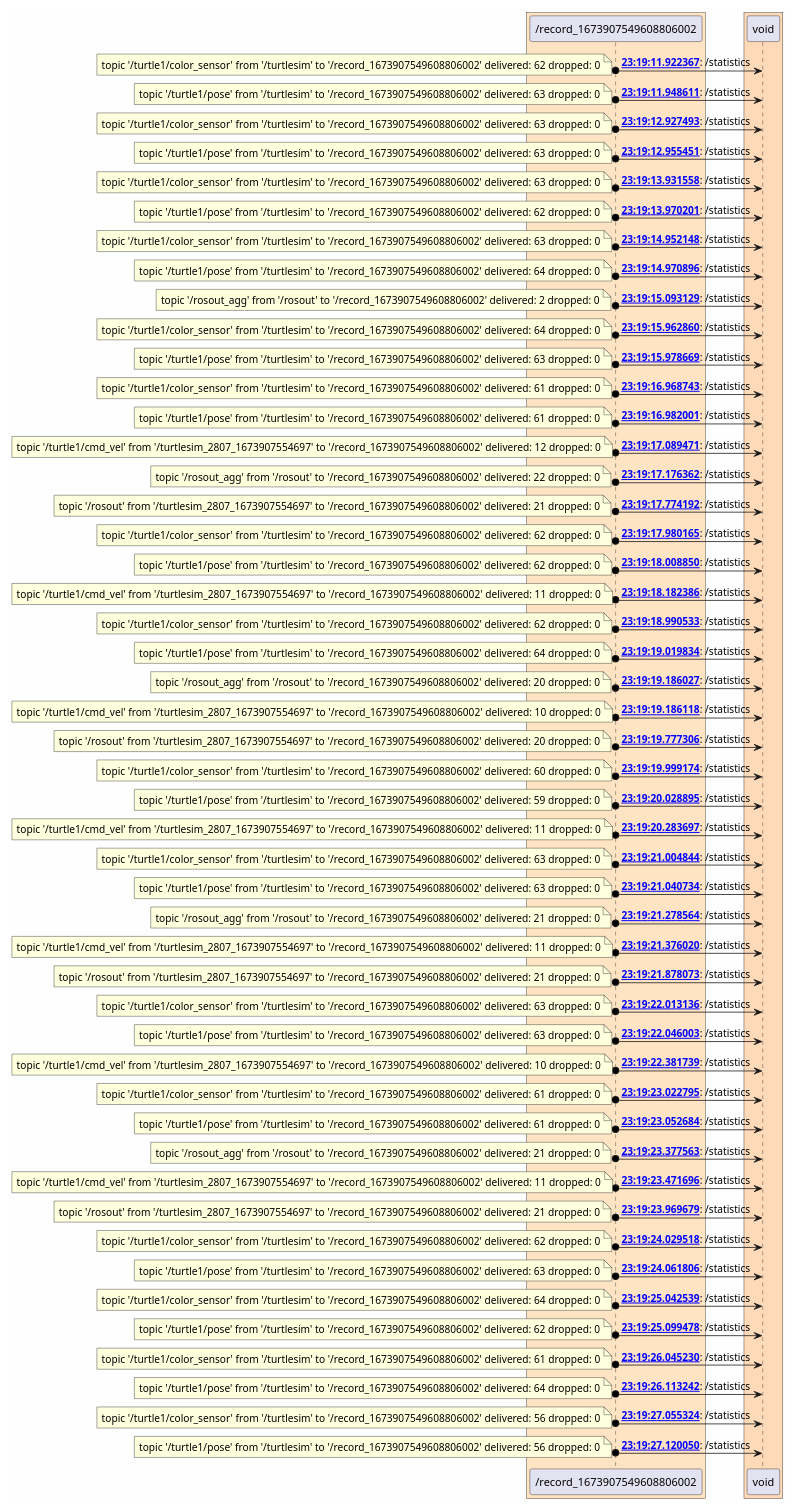
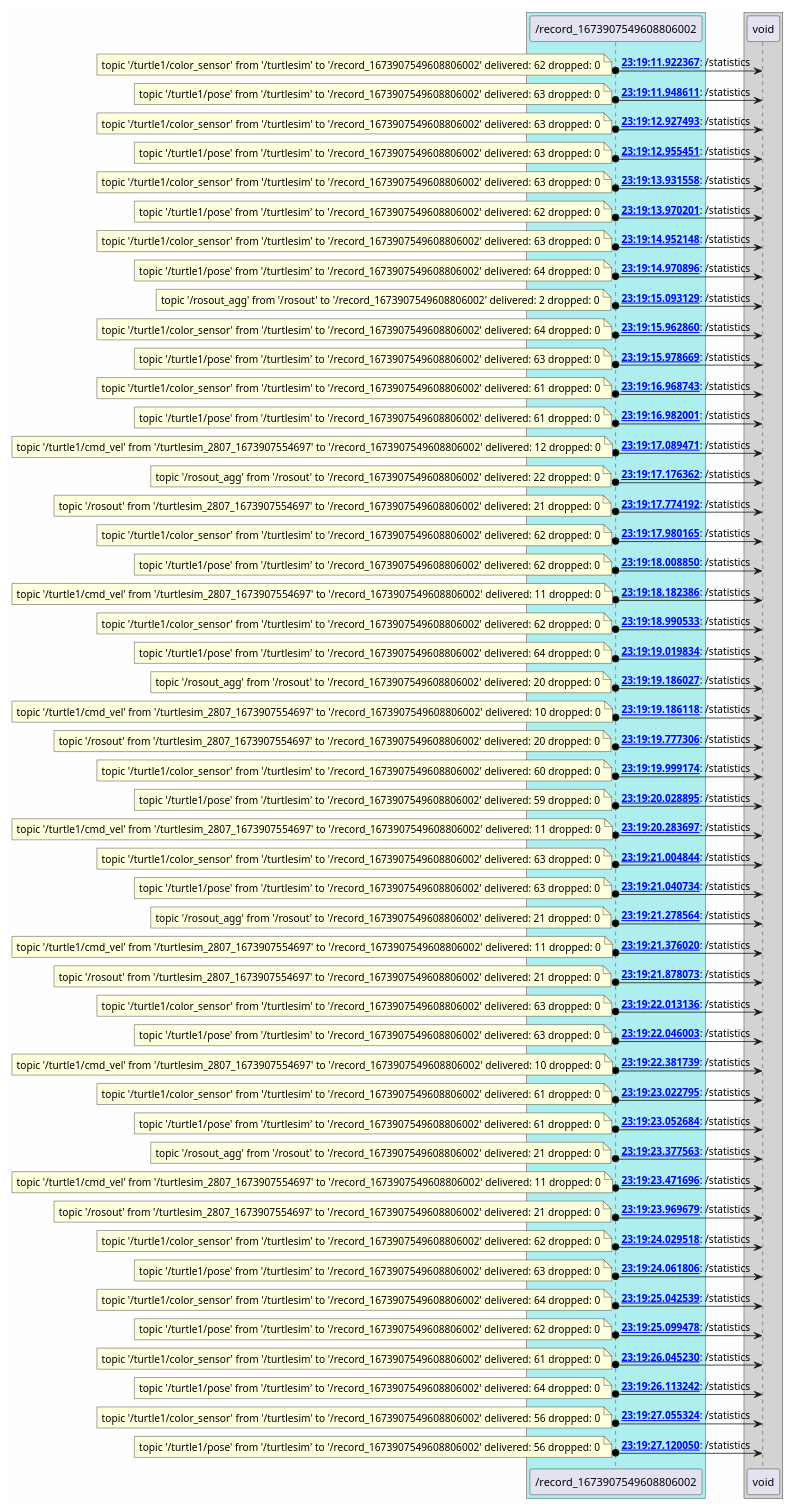
Before and after one commit to anetczuk/ros-diagram-tools: the diagram in examples/turtlesim/rosbag/out/topics/_statistics.puml, drawn with PlantUML. The commit also changed 19 other files, not shown here.

```diff
--- a/examples/turtlesim/rosbag/out/topics/_statistics.puml
+++ b/examples/turtlesim/rosbag/out/topics/_statistics.puml
@@ -2,10 +2,10 @@
 
 skinparam backgroundColor #FEFEFE
 
-box #Bisque
+box #PaleTurquoise
     participant "/record_1673907549608806002" as _record_1673907549608806002 [[../nodes/_record_1673907549608806002.html]]
 end box
-box #PeachPuff
+box #LightGrey
     participant "void" as void [[../nodes/void.html]]
 end box
 
```
